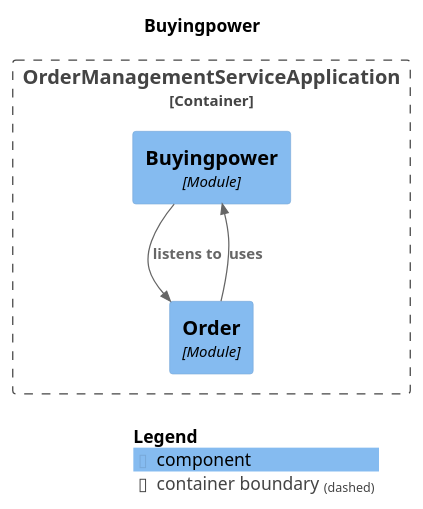
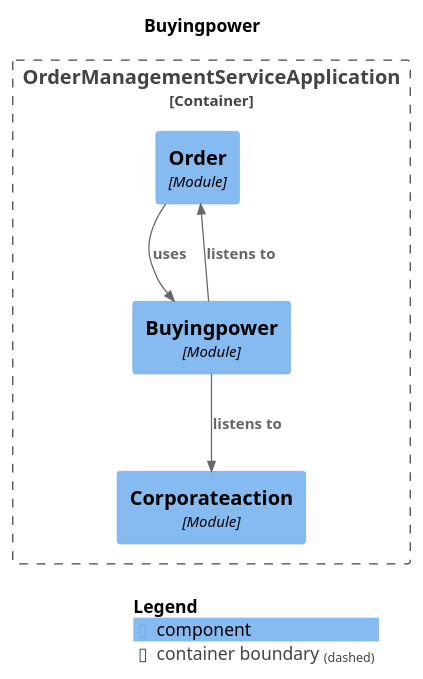
The diagram in spring-modulith-docs/module-buyingpower.puml (NosearY/order-management-service-reference-implementation), drawn with PlantUML before and after one commit. The commit also changed 46 other files, not shown here.

```diff
--- a/spring-modulith-docs/module-buyingpower.puml
+++ b/spring-modulith-docs/module-buyingpower.puml
@@ -1,20 +1,22 @@
 @startuml
 set separator none
 title Buyingpower
 
 top to bottom direction
 
 !include <C4/C4>
 !include <C4/C4_Context>
 !include <C4/C4_Component>
 
 Container_Boundary("OrderManagementServiceApplication.OrderManagementServiceApplication_boundary", "OrderManagementServiceApplication", $tags="") {
+  Component(OrderManagementServiceApplication.OrderManagementServiceApplication.Order, "Order", $techn="Module", $descr="", $tags="", $link="")
+  Component(OrderManagementServiceApplication.OrderManagementServiceApplication.Corporateaction, "Corporateaction", $techn="Module", $descr="", $tags="", $link="")
   Component(OrderManagementServiceApplication.OrderManagementServiceApplication.Buyingpower, "Buyingpower", $techn="Module", $descr="", $tags="", $link="")
-  Component(OrderManagementServiceApplication.OrderManagementServiceApplication.Order, "Order", $techn="Module", $descr="", $tags="", $link="")
 }
 
+Rel(OrderManagementServiceApplication.OrderManagementServiceApplication.Order, OrderManagementServiceApplication.OrderManagementServiceApplication.Buyingpower, "uses", $techn="", $tags="", $link="")
+Rel(OrderManagementServiceApplication.OrderManagementServiceApplication.Buyingpower, OrderManagementServiceApplication.OrderManagementServiceApplication.Corporateaction, "listens to", $techn="", $tags="", $link="")
 Rel(OrderManagementServiceApplication.OrderManagementServiceApplication.Buyingpower, OrderManagementServiceApplication.OrderManagementServiceApplication.Order, "listens to", $techn="", $tags="", $link="")
-Rel(OrderManagementServiceApplication.OrderManagementServiceApplication.Order, OrderManagementServiceApplication.OrderManagementServiceApplication.Buyingpower, "uses", $techn="", $tags="", $link="")
 
 SHOW_LEGEND(true)
 @enduml
```
